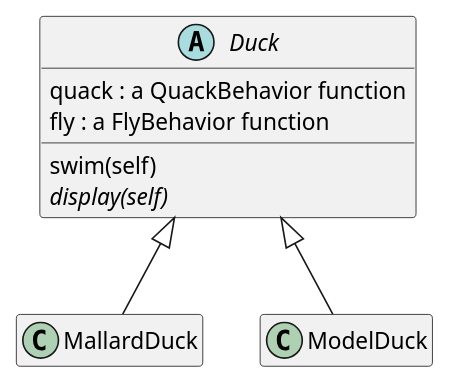
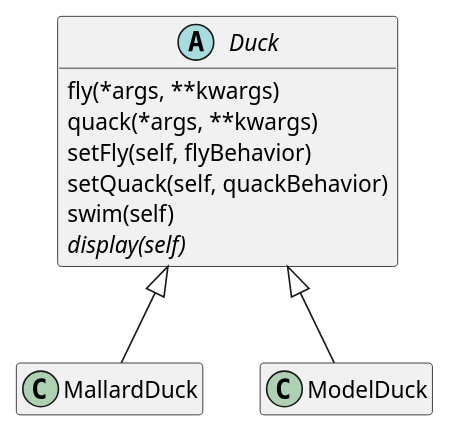
Before and after one commit to gama79530/DesignPattern: the diagram in 01_StrategyPattern/StrategyPattern.puml, drawn with PlantUML. The commit also changed 4 other files, not shown here.

```diff
--- a/01_StrategyPattern/StrategyPattern.puml
+++ b/01_StrategyPattern/StrategyPattern.puml
@@ -1,15 +1,17 @@
 @startuml
 
 hide empty members
 
 abstract class Duck{
-    quack : a QuackBehavior function
-    fly : a FlyBehavior function
+    fly(*args, **kwargs)
+    quack(*args, **kwargs)
+    setFly(self, flyBehavior)
+    setQuack(self, quackBehavior)
     swim(self)
     {abstract} display(self)
 }
 
 Duck <|-- MallardDuck
 Duck <|-- ModelDuck
 
 @enduml
```
